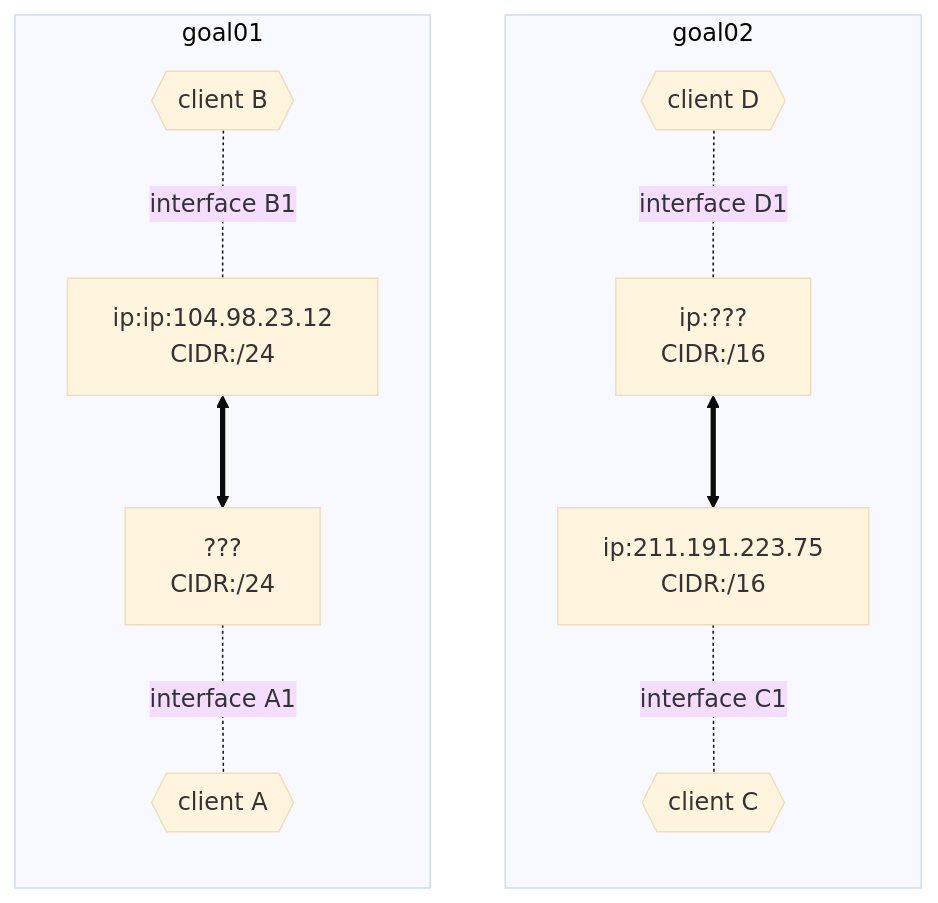
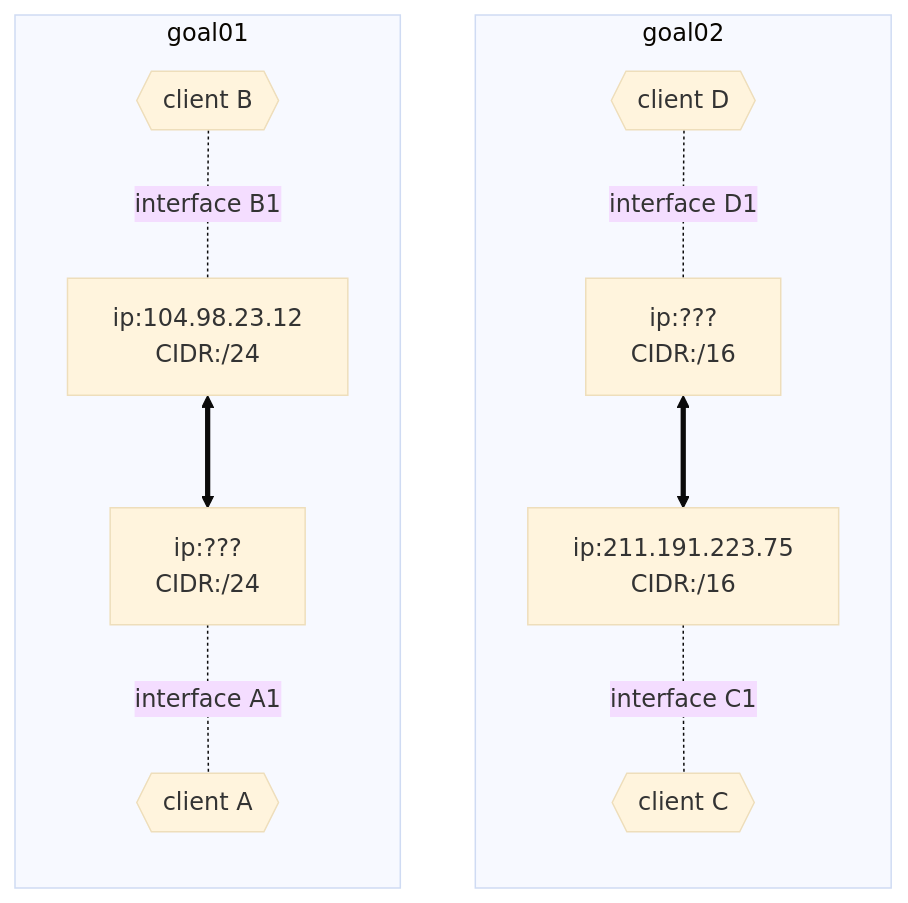
Before and after one commit to 42cursus-youkim/NetPractice: the first of 2 diagrams in README.md, drawn with Mermaid (base theme). The commit also changed other lines of this file and 1 other file, not shown here.

````diff
--- a/README.md
+++ b/README.md
@@ -35,13 +58,13 @@
 ```mermaid
 flowchart BT
 subgraph goal02
     D{{"client D"}} -.- |interface D1| D1["ip:???\nCIDR:/16"]
     <==>
     C1["ip:211.191.223.75\nCIDR:/16"]  -.- |interface C1|C{{"client C"}}
 end
 subgraph goal01
-    B{{"client B"}} -.- |interface B1| B1["ip:ip:104.98.23.12\nCIDR:/24"]
+    B{{"client B"}} -.- |interface B1| B1["ip:104.98.23.12\nCIDR:/24"]
     <==>
-    A1["???\nCIDR:/24"]  -.- |interface A1| A{{"client A"}}
+    A1["ip:???\nCIDR:/24"]  -.- |interface A1| A{{"client A"}}
 end
 ```
````
